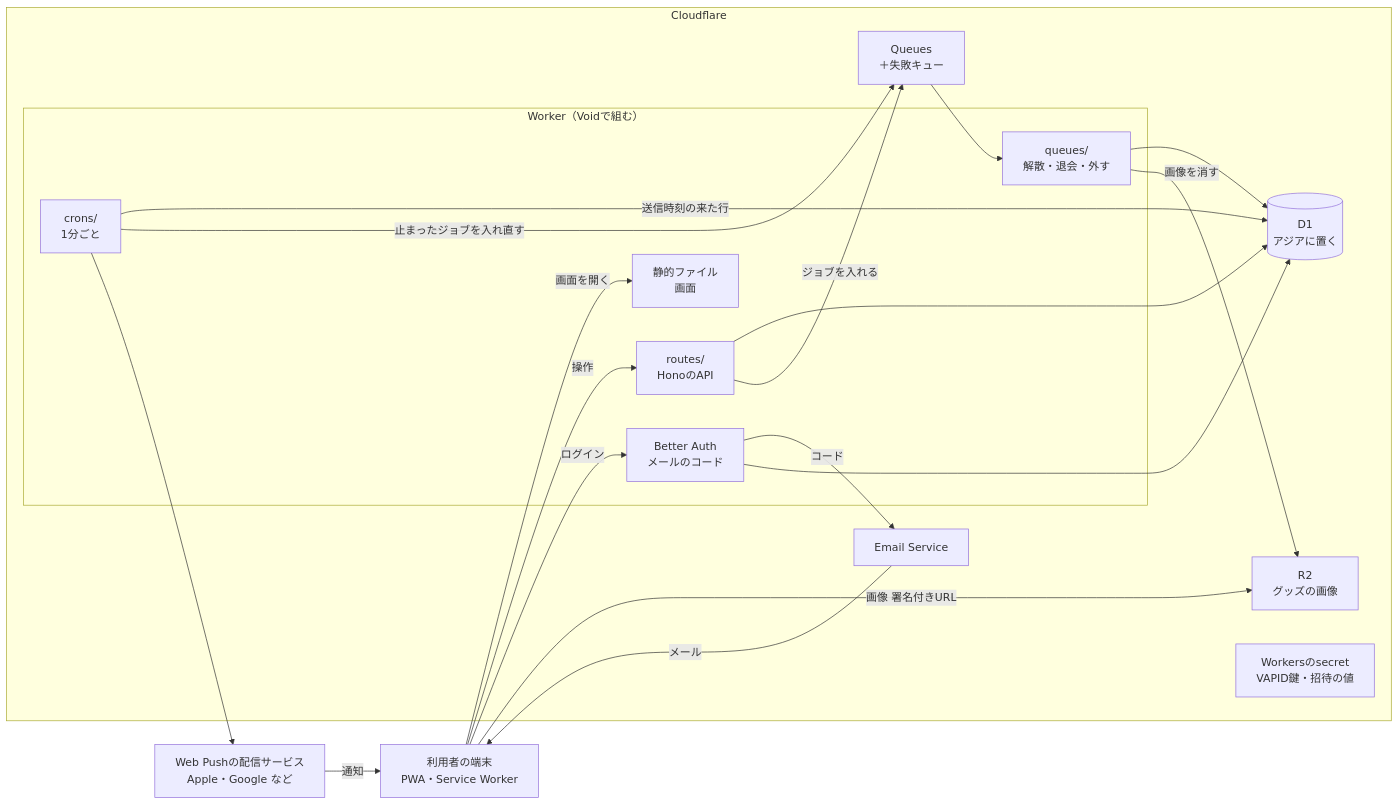
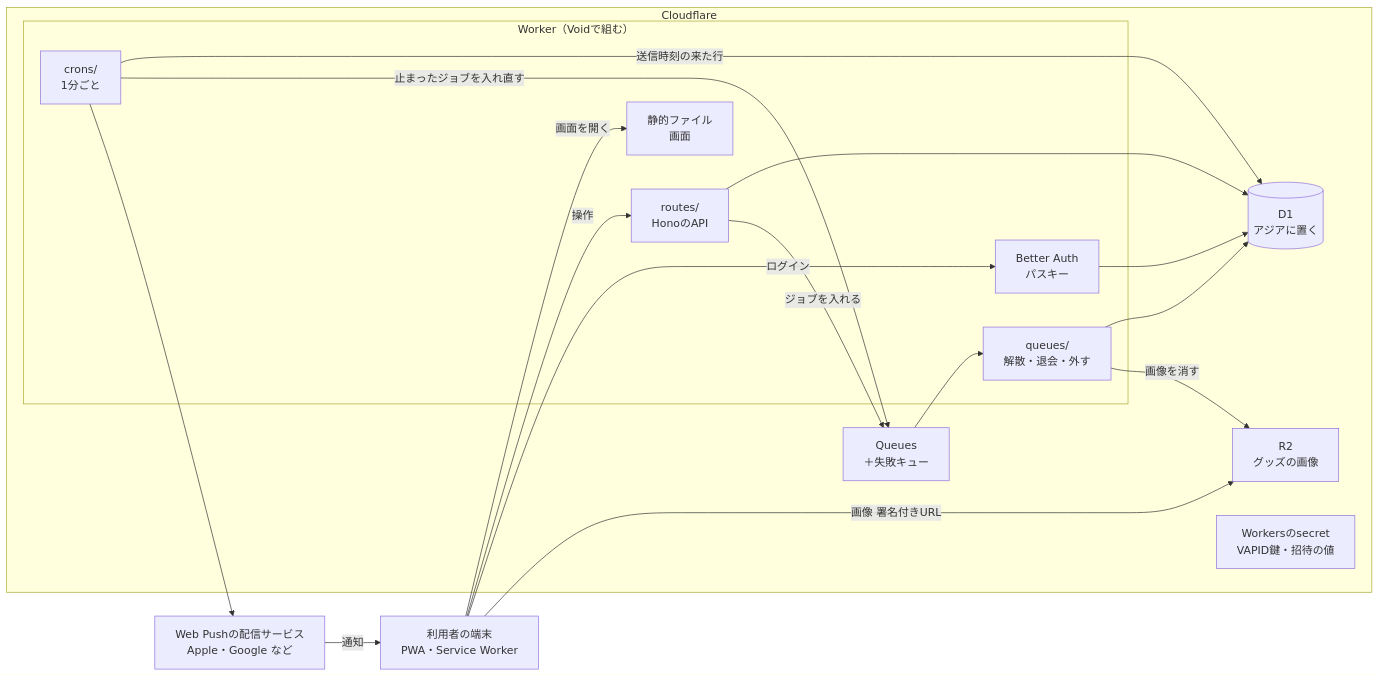
The diagram in docs/architecture.md (oze-xxbumpxx/yoin), drawn with Mermaid before and after one commit. The commit also changed other lines of this file and 5 other files, not shown here.

````diff
--- a/docs/architecture.md
+++ b/docs/architecture.md
@@ -9,36 +9,33 @@
 ```mermaid
 flowchart LR
   device[利用者の端末<br>PWA・Service Worker]
   subgraph cf[Cloudflare]
     subgraph worker[Worker（Voidで組む）]
       assets[静的ファイル<br>画面]
       routes[routes/<br>HonoのAPI]
-      auth[Better Auth<br>メールのコード]
+      auth[Better Auth<br>パスキー]
       cron[crons/<br>1分ごと]
       consumer[queues/<br>解散・退会・外す]
     end
     d1[(D1<br>アジアに置く)]
     r2[R2<br>グッズの画像]
     queue[Queues<br>＋失敗キュー]
-    email[Email Service]
     secrets[Workersのsecret<br>VAPID鍵・招待の値]
   end
   push[Web Pushの配信サービス<br>Apple・Google など]
 
   device -->|画面を開く| assets
   device -->|操作| routes
   device -->|ログイン| auth
-  auth -->|コード| email
-  email -->|メール| device
   device -->|画像 署名付きURL| r2
   routes --> d1
   auth --> d1
   routes -->|ジョブを入れる| queue
   queue --> consumer
   consumer --> d1
   consumer -->|画像を消す| r2
   cron -->|送信時刻の来た行| d1
   cron -->|止まったジョブを入れ直す| queue
   cron --> push
   push -->|通知| device
 ```
````
